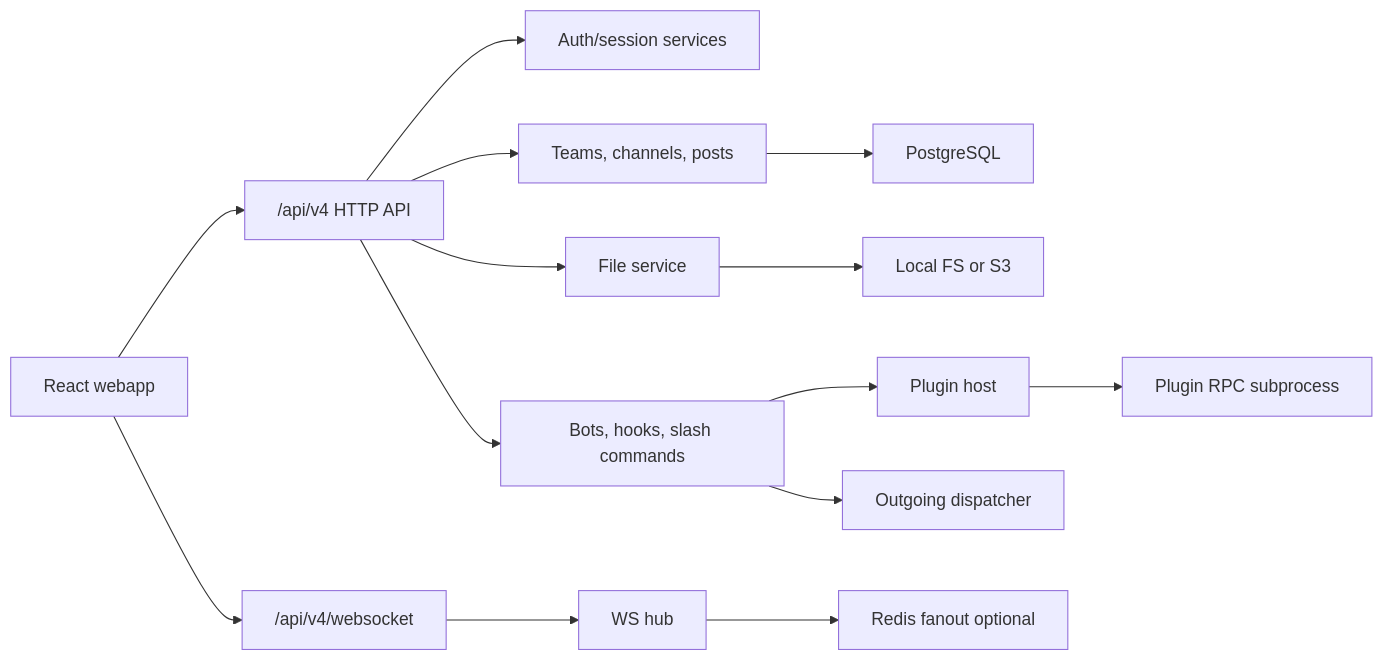
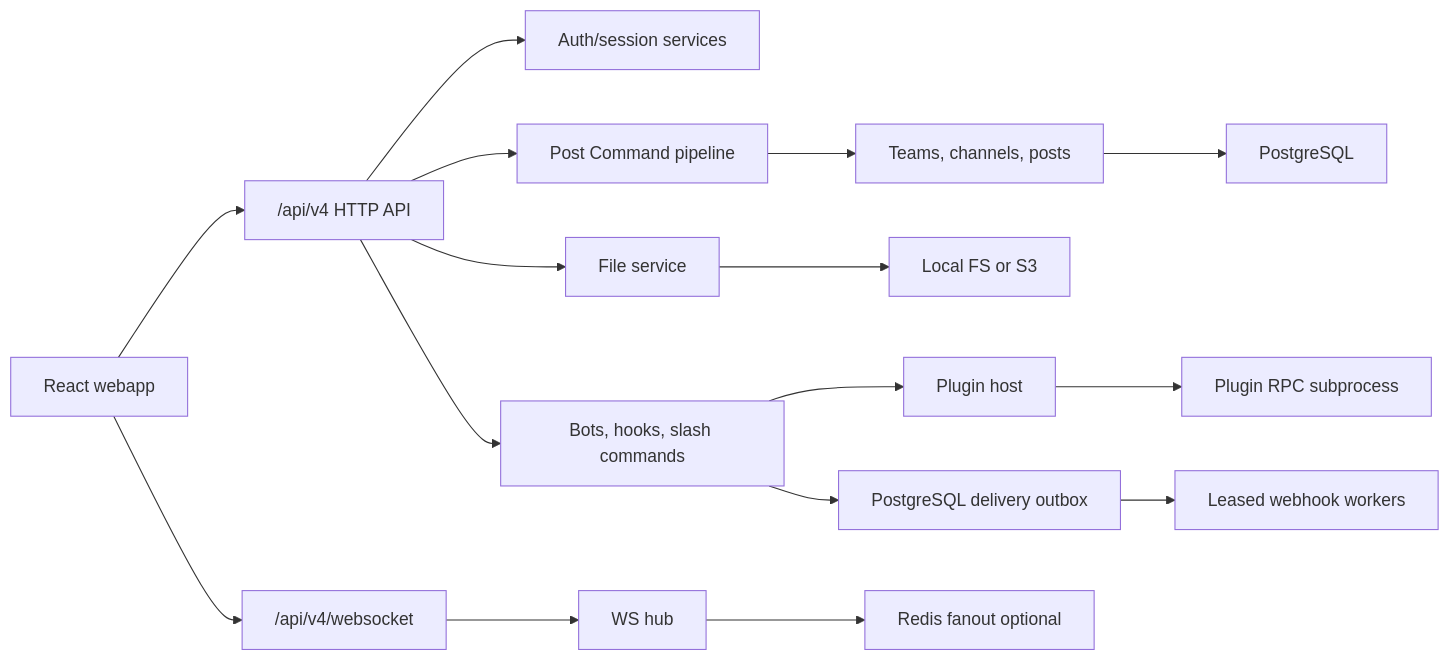
The diagram in docs/architecture.md (hkjang/moyro), drawn with Mermaid before and after one commit. The commit also changed other lines of this file and 112 other files, not shown here.

````diff
--- a/docs/architecture.md
+++ b/docs/architecture.md
@@ -8,16 +8,18 @@
 ```mermaid
 flowchart LR
     Browser["React webapp"] --> API["/api/v4 HTTP API"]
     Browser --> WS["/api/v4/websocket"]
     API --> Auth["Auth/session services"]
-    API --> Chat["Teams, channels, posts"]
+    API --> Command["Post Command pipeline"]
+    Command --> Chat["Teams, channels, posts"]
     API --> Files["File service"]
     API --> Ext["Bots, hooks, slash commands"]
     Chat --> DB["PostgreSQL"]
     Files --> FS["Local FS or S3"]
     WS --> Hub["WS hub"]
     Hub --> Redis["Redis fanout optional"]
     Ext --> PluginHost["Plugin host"]
     PluginHost --> RPC["Plugin RPC subprocess"]
-    Ext --> Webhooks["Outgoing dispatcher"]
+    Ext --> Outbox["PostgreSQL delivery outbox"]
+    Outbox --> Webhooks["Leased webhook workers"]
 ```
````
